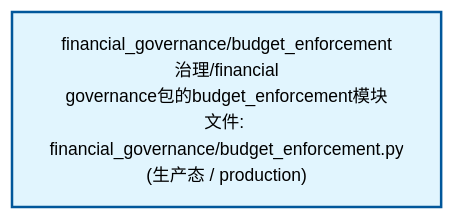
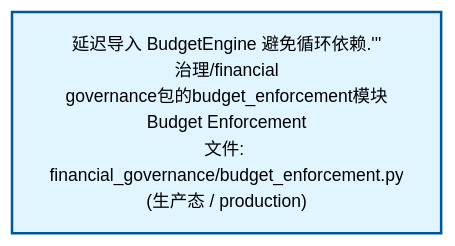
One commit to xuanFelixVan/ZephyrAlpha changed the second of 3 diagrams in docs/02_enterprise_architecture/02_domain_architecture_docs/54_d_gov_repair.md. Above: the diagram before and after it, drawn with Mermaid. The commit also changed other lines of this file and 58 other files, not shown here.

````diff
--- a/docs/02_enterprise_architecture/02_domain_architecture_docs/54_d_gov_repair.md
+++ b/docs/02_enterprise_architecture/02_domain_architecture_docs/54_d_gov_repair.md
@@ -87,10 +87,10 @@
 ```mermaid
 %%{init: {'theme': 'base', 'themeVariables': {'primaryColor': '#eaeaea', 'primaryTextColor': '#333333', 'primaryBorderColor': '#666666', 'lineColor': '#666666', 'secondaryColor': '#eaeaea', 'tertiaryColor': '#eaeaea', 'fontSize': '14px'}}}%%
 flowchart TD
-    src_zephyr_governance_financial_governance_budget_enforcement_py["financial_governance/budget_enforcement<br/>治理/financial<br/>governance包的budget_enforcement模块<br/>文件: financial_governance/budget_enforcement.py<br/>(生产态 / production)"]
+    src_zephyr_governance_financial_governance_budget_enforcement_py["延迟导入 BudgetEngine 避免循环依赖.'''<br/>治理/financial<br/>governance包的budget_enforcement模块<br/>Budget Enforcement<br/>文件: financial_governance/budget_enforcement.py<br/>(生产态 / production)"]
     classDef production fill:#e1f5fe,stroke:#01579b,stroke-width:2px,color:#000
     classDef design fill:#fff3e0,stroke:#e65100,stroke-width:2px,color:#000,stroke-dasharray: 5 5
     classDef external_prod fill:#e8f4fd,stroke:#0277bd,stroke-width:1px,color:#000
     classDef external_design fill:#fff8e7,stroke:#ef6c00,stroke-width:1px,color:#000,stroke-dasharray: 5 5
     class src_zephyr_governance_financial_governance_budget_enforcement_py production
 ```
````
